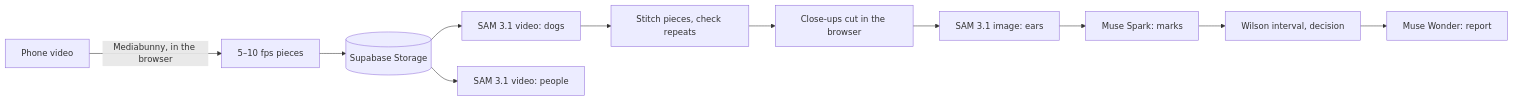
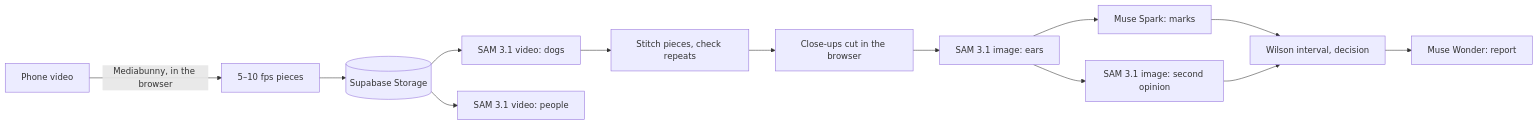
The diagram in README.md (omkydv/Seventy), drawn with Mermaid before and after one commit. The commit also changed other lines of this file and 22 other files, not shown here.

````diff
--- a/README.md
+++ b/README.md
@@ -62,13 +89,15 @@
 ```mermaid
 flowchart LR
   A[Phone video] -->|Mediabunny, in the browser| B[5–10 fps pieces]
   B --> C[(Supabase Storage)]
   C --> D[SAM 3.1 video: dogs]
   C --> E[SAM 3.1 video: people]
   D --> F[Stitch pieces, check repeats]
   F --> G[Close-ups cut in the browser]
   G --> H[SAM 3.1 image: ears]
   H --> I[Muse Spark: marks]
+  H --> S[SAM 3.1 image: second opinion]
   I --> J[Wilson interval, decision]
+  S --> J
   J --> K[Muse Wonder: report]
 ```
````
